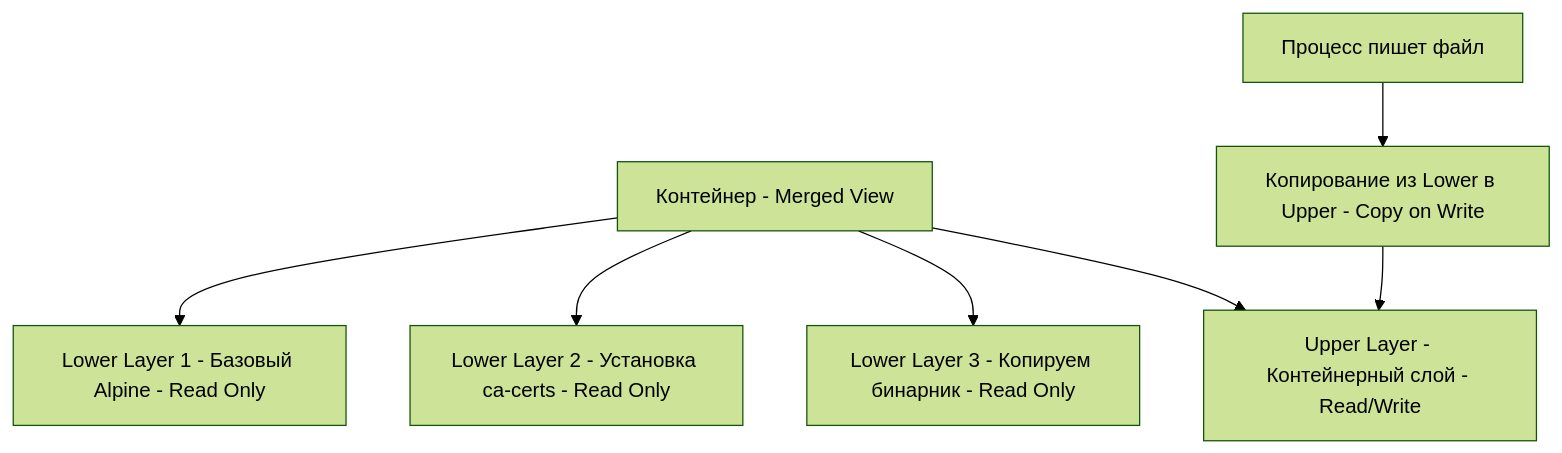
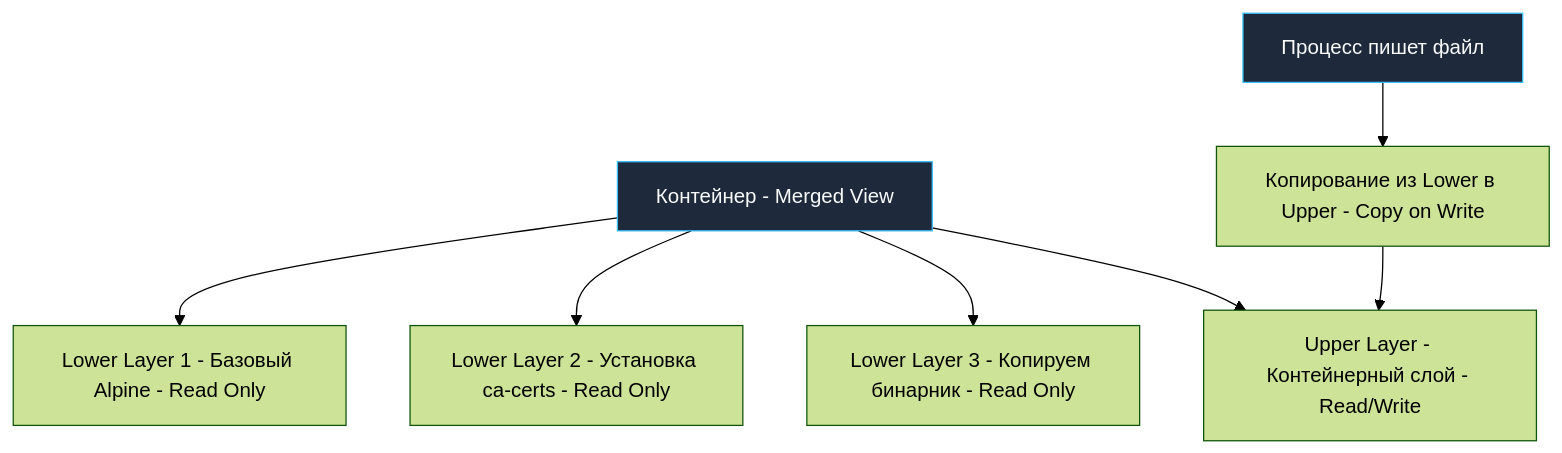
The second of 3 diagrams in sources/19. Инфраструктура. Linux, nginx, Docker, Kubernetes/03. Docker/1. Контейнеризация. Основы.md (UnrealTemplier/go-textbook), drawn with Mermaid (forest theme) before and after one commit. The commit also changed other lines of this file and 1666 other files, not shown here.

First line of the commit message:
feat(mermaid): add semantic color classDef to 1369 colorless flowchart/graph diagrams

````diff
--- a/sources/19. Инфраструктура. Linux, nginx, Docker, Kubernetes/03. Docker/1. Контейнеризация. Основы.md
+++ b/sources/19. Инфраструктура. Linux, nginx, Docker, Kubernetes/03. Docker/1. Контейнеризация. Основы.md
@@ -107,10 +117,20 @@
 ```mermaid
 flowchart TD
-    A["Контейнер - Merged View"] --> B["Upper Layer - Контейнерный слой - Read/Write"]
+    classDef process  fill:#1e293b,stroke:#38bdf8,stroke-width:1px,color:#f8fafc
+    classDef success  fill:#064e3b,stroke:#34d399,stroke-width:1px,color:#f8fafc
+    classDef error    fill:#7f1d1d,stroke:#f87171,stroke-width:1px,color:#f8fafc
+    classDef warning  fill:#78350f,stroke:#fbbf24,stroke-width:1px,color:#f8fafc
+    classDef entry    fill:#1e3a5f,stroke:#38bdf8,stroke-width:2px,color:#f8fafc
+    classDef aux      fill:#334155,stroke:#64748b,stroke-width:1px,color:#f8fafc
+    classDef system   fill:#312e81,stroke:#a78bfa,stroke-width:1px,color:#f8fafc
+    classDef data     fill:#132d29,stroke:#2dd4bf,stroke-width:1px,color:#f8fafc
+    classDef network  fill:#881337,stroke:#fb7185,stroke-width:1px,color:#f8fafc
+    classDef accent   fill:#1e1b4b,stroke:#818cf8,stroke-width:1px,color:#f8fafc
+    A["Контейнер - Merged View"]:::process --> B["Upper Layer - Контейнерный слой - Read/Write"]
     A --> C["Lower Layer 3 - Копируем бинарник - Read Only"]
     A --> D["Lower Layer 2 - Установка ca-certs - Read Only"]
     A --> E["Lower Layer 1 - Базовый Alpine - Read Only"]
     
-    F["Процесс пишет файл"] --> G["Копирование из Lower в Upper - Copy on Write"]
+    F["Процесс пишет файл"]:::process --> G["Копирование из Lower в Upper - Copy on Write"]
     G --> B
 ```
````
